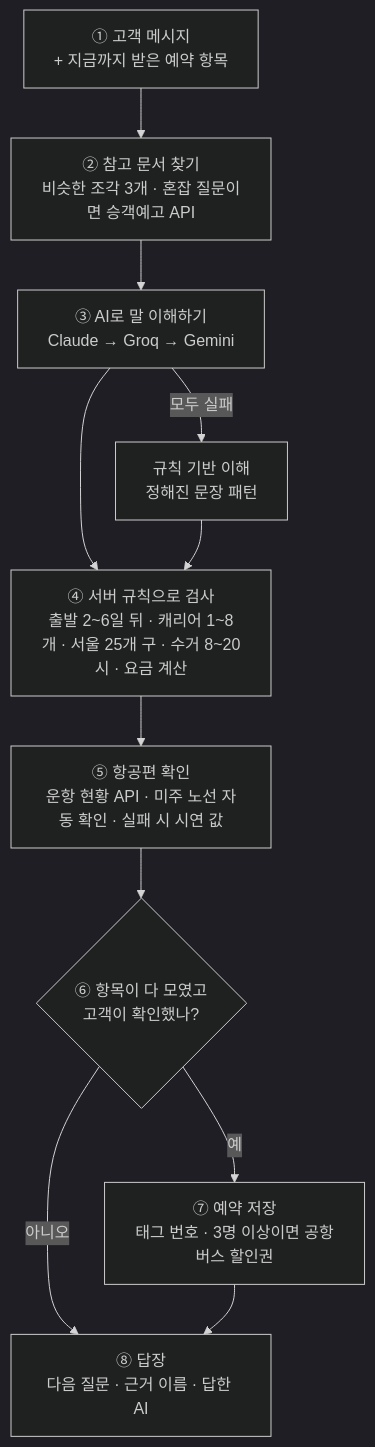
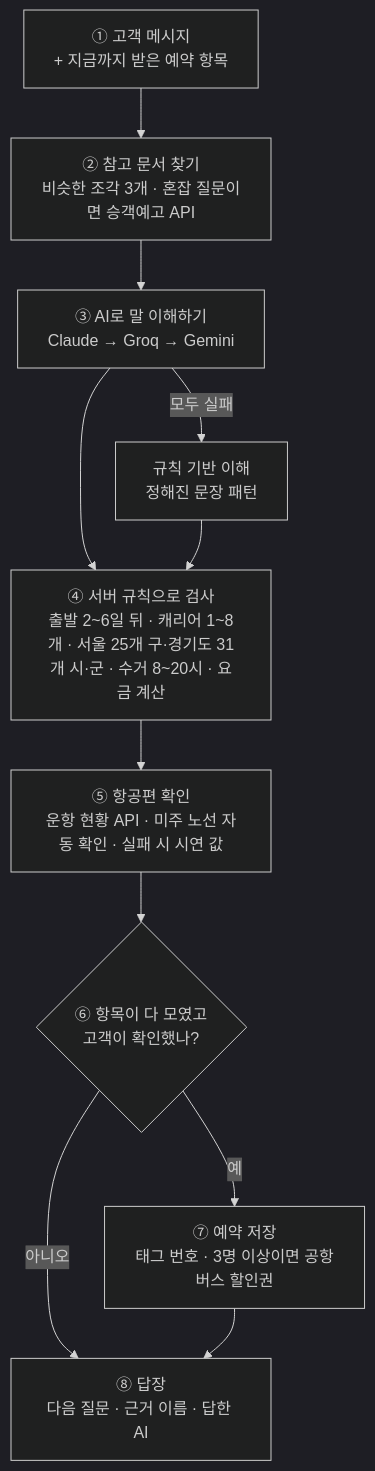
One commit to dexxis76/github_team02_kdh changed the second of 3 diagrams in README.md. Above: the diagram before and after it, drawn with Mermaid (dark theme). The commit also changed 6 other files, not shown here.

````diff
--- a/README.md
+++ b/README.md
@@ -45,13 +45,13 @@
 ```mermaid
 flowchart TD
     A["① 고객 메시지<br/>+ 지금까지 받은 예약 항목"] --> B["② 참고 문서 찾기<br/>비슷한 조각 3개 · 혼잡 질문이면 승객예고 API"]
     B --> C["③ AI로 말 이해하기<br/>Claude → Groq → Gemini"]
     C -- "모두 실패" --> C2["규칙 기반 이해<br/>정해진 문장 패턴"]
-    C --> D["④ 서버 규칙으로 검사<br/>출발 2~6일 뒤 · 캐리어 1~8개 · 서울 25개 구 · 수거 8~20시 · 요금 계산"]
+    C --> D["④ 서버 규칙으로 검사<br/>출발 2~6일 뒤 · 캐리어 1~8개 · 서울 25개 구·경기도 31개 시·군 · 수거 8~20시 · 요금 계산"]
     C2 --> D
     D --> E["⑤ 항공편 확인<br/>운항 현황 API · 미주 노선 자동 확인 · 실패 시 시연 값"]
     E --> F{"⑥ 항목이 다 모였고<br/>고객이 확인했나?"}
     F -- "예" --> G["⑦ 예약 저장<br/>태그 번호 · 3명 이상이면 공항버스 할인권"]
     F -- "아니오" --> H["⑧ 답장<br/>다음 질문 · 근거 이름 · 답한 AI"]
     G --> H
 ```
````
